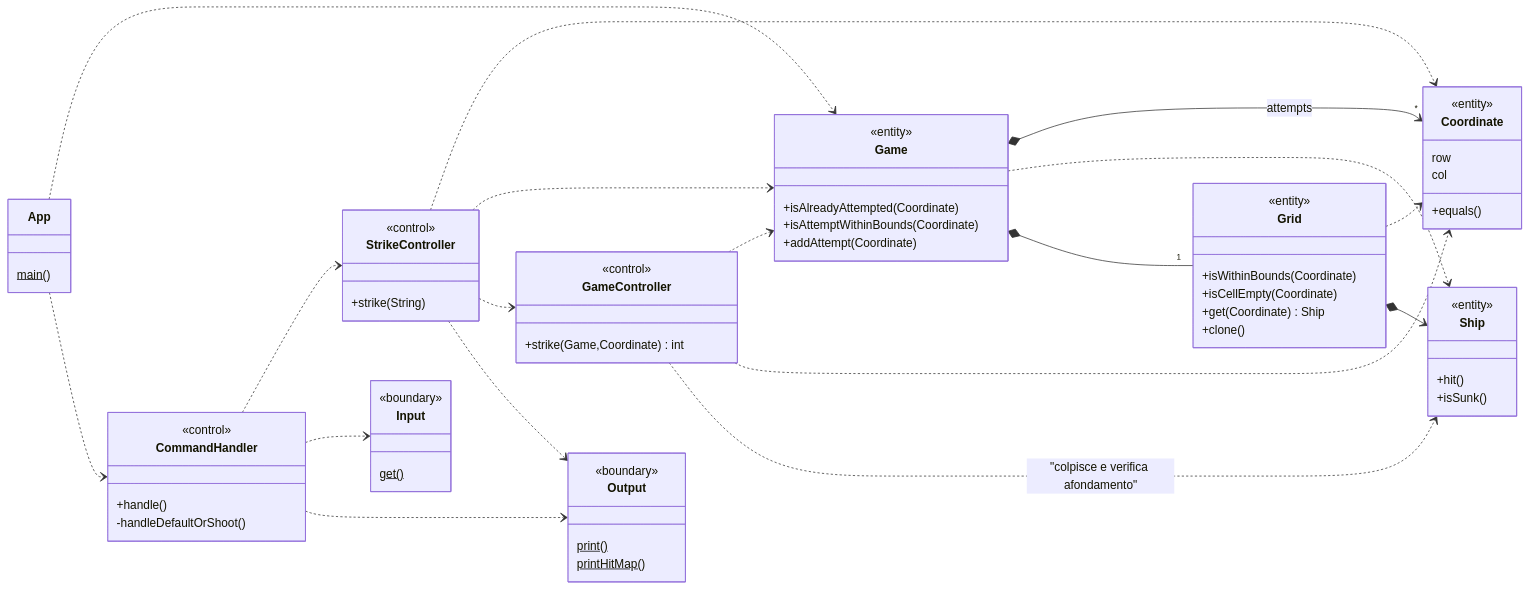
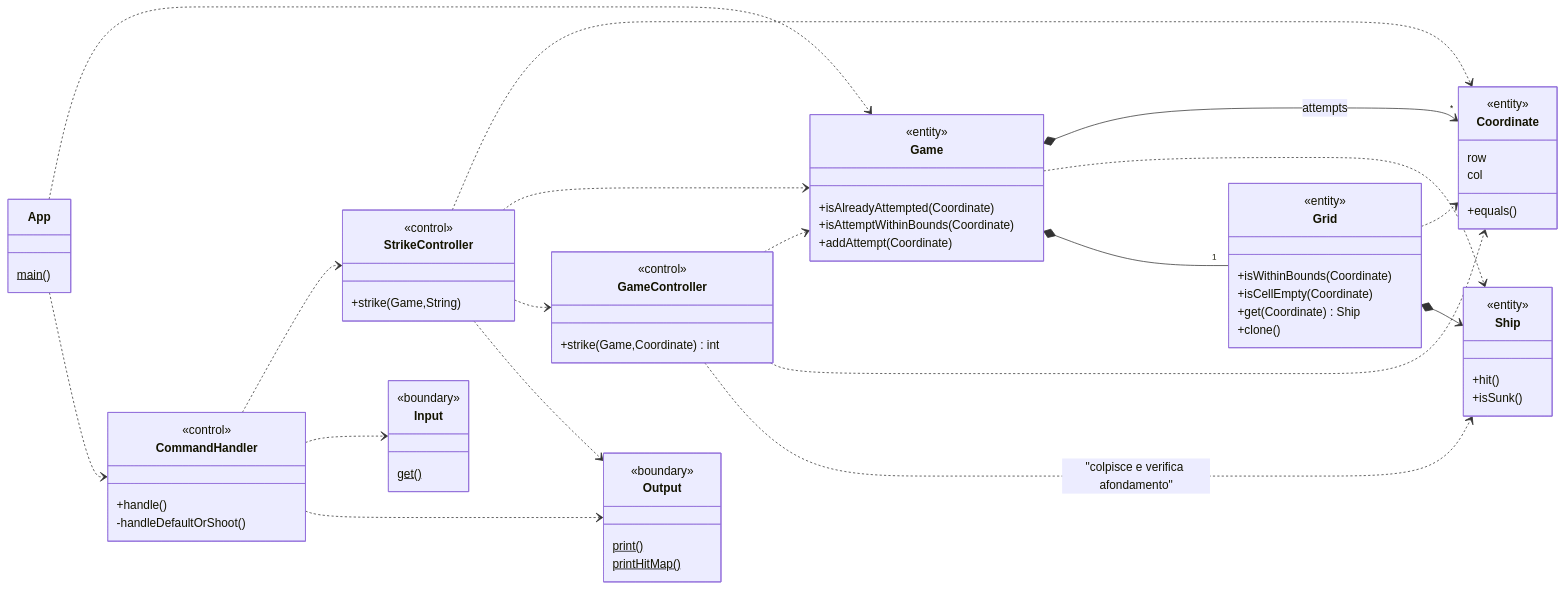
The seventh of 7 diagrams in docs/Report.md (softeng2223-inf-uniba/progetto2223-thacker), drawn with Mermaid before and after one commit.

Commit message:
Aggiunto parametro Game nell'input di strike() di StrikeController in 5.A.3

```diff
--- a/docs/Report.md
+++ b/docs/Report.md
@@ -561,7 +561,7 @@
   CommandHandler ..> Output
 
   class StrikeController {
-    +strike(String)
+    +strike(Game,String)
   }
   <<control>> StrikeController
 
```
